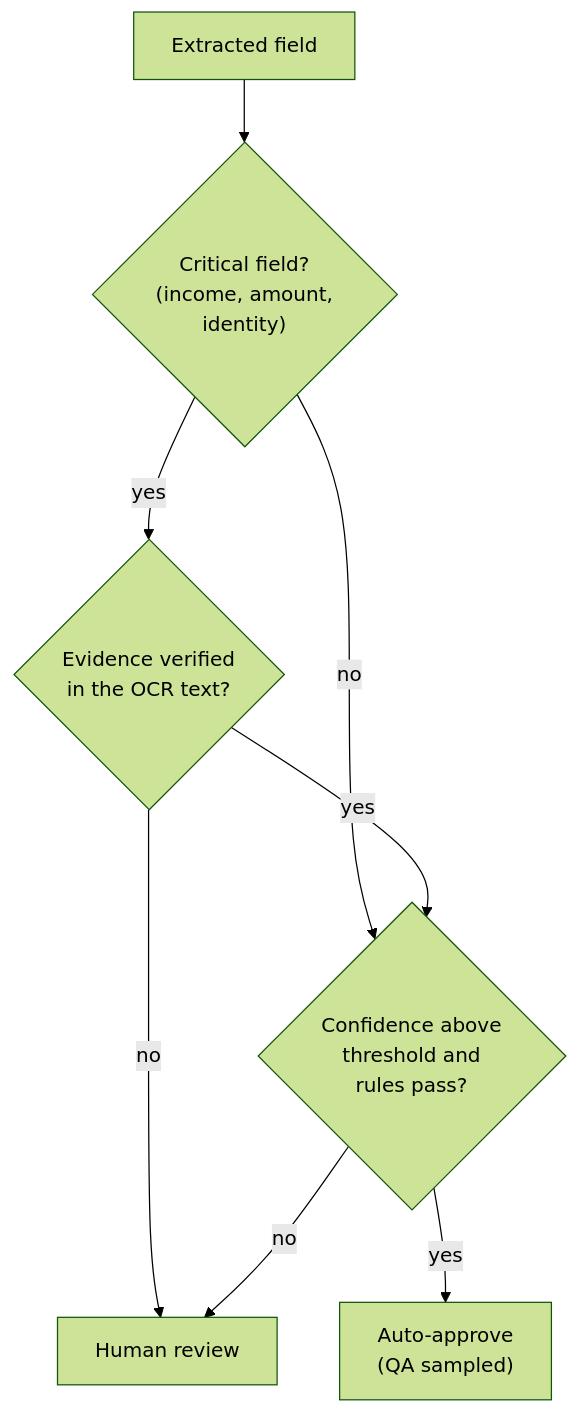
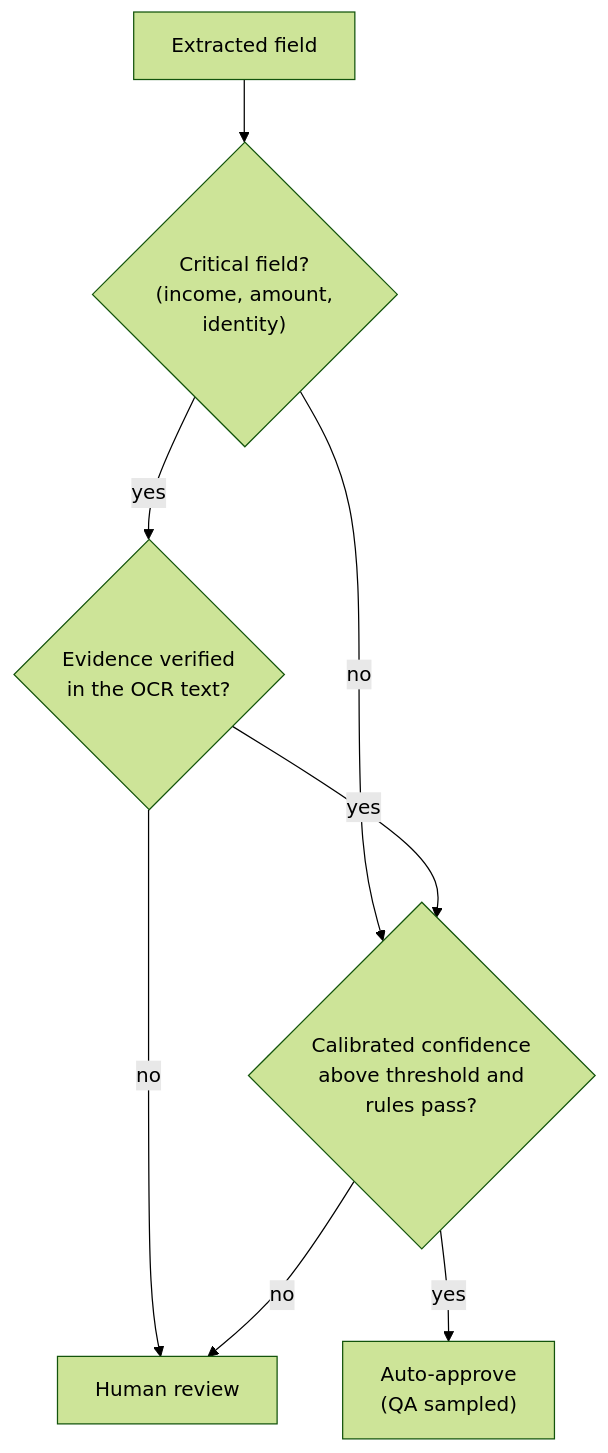
Before and after one commit to shubamchaudhary/CodeNITW: the second of 3 diagrams in src/Data/aiStackDocs/DP-08.md, drawn with Mermaid (forest theme). The commit also changed other lines of this file and 19 other files, not shown here.

````diff
--- a/src/Data/aiStackDocs/DP-08.md
+++ b/src/Data/aiStackDocs/DP-08.md
@@ -61,10 +102,10 @@
 ```mermaid
 flowchart TD
     F["Extracted field"] --> CR{"Critical field?<br/>(income, amount,<br/>identity)"}
     CR -->|"yes"| EV{"Evidence verified<br/>in the OCR text?"}
-    CR -->|"no"| LC{"Confidence above<br/>threshold and<br/>rules pass?"}
+    CR -->|"no"| LC{"Calibrated confidence<br/>above threshold and<br/>rules pass?"}
     EV -->|"no"| RV["Human review"]
     EV -->|"yes"| LC
     LC -->|"yes"| AA["Auto-approve<br/>(QA sampled)"]
     LC -->|"no"| RV
 ```
````
